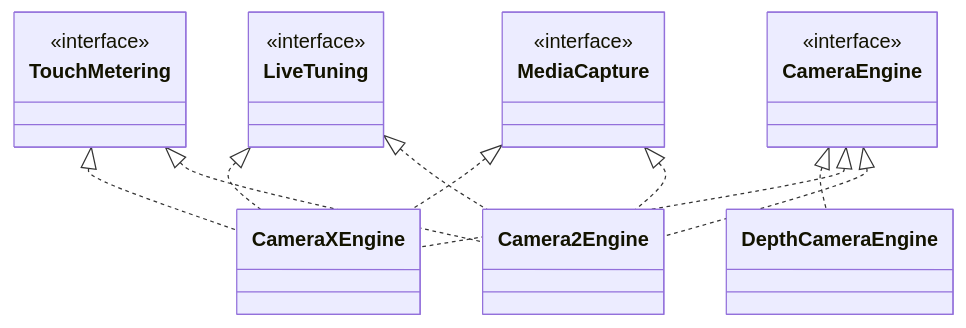
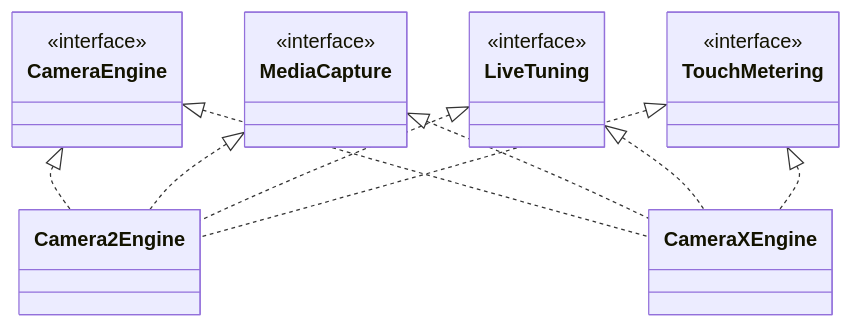
Before and after one commit to TTolsun/hal-camera: the diagram in guide/_content/_reference/engine/contract.md, drawn with Mermaid. The commit also changed other lines of this file and 113 other files, not shown here.

````diff
--- a/guide/_content/_reference/engine/contract.md
+++ b/guide/_content/_reference/engine/contract.md
@@ -25,17 +22,16 @@
 ```mermaid
 classDiagram
     direction TB
     class CameraEngine { <<interface>> }
     class MediaCapture { <<interface>> }
     class LiveTuning { <<interface>> }
     class TouchMetering { <<interface>> }
     CameraEngine <|.. Camera2Engine
     CameraEngine <|.. CameraXEngine
-    CameraEngine <|.. DepthCameraEngine
     MediaCapture <|.. Camera2Engine
     MediaCapture <|.. CameraXEngine
     LiveTuning <|.. Camera2Engine
     LiveTuning <|.. CameraXEngine
     TouchMetering <|.. Camera2Engine
     TouchMetering <|.. CameraXEngine
 ```
````
